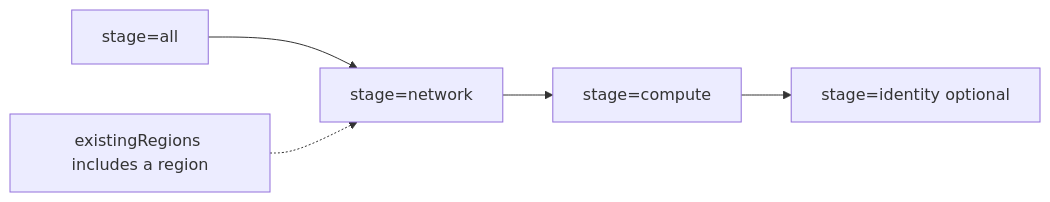
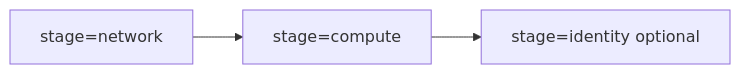
Before and after one commit to andriesdutoit-svg/azure-multiregion-lab: the diagram in docs/deployment.md, drawn with Mermaid. The commit also changed other lines of this file and 48 other files, not shown here.

````diff
--- a/docs/deployment.md
+++ b/docs/deployment.md
@@ -181,7 +35,5 @@
 ```mermaid
 flowchart LR
   N[stage=network] --> C[stage=compute]
   C --> I[stage=identity optional]
-  A[stage=all] --> N
-  E[existingRegions includes a region] -.-> N
 ```
````
